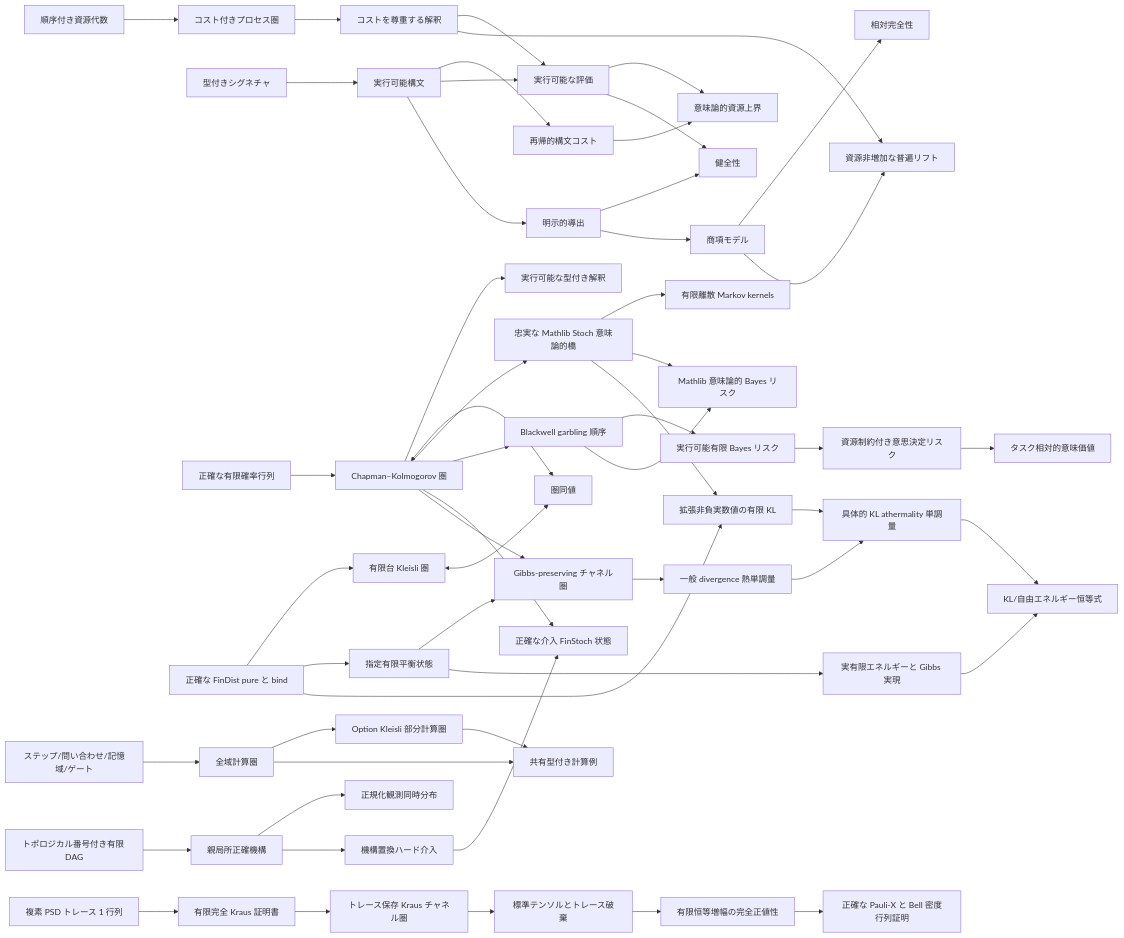
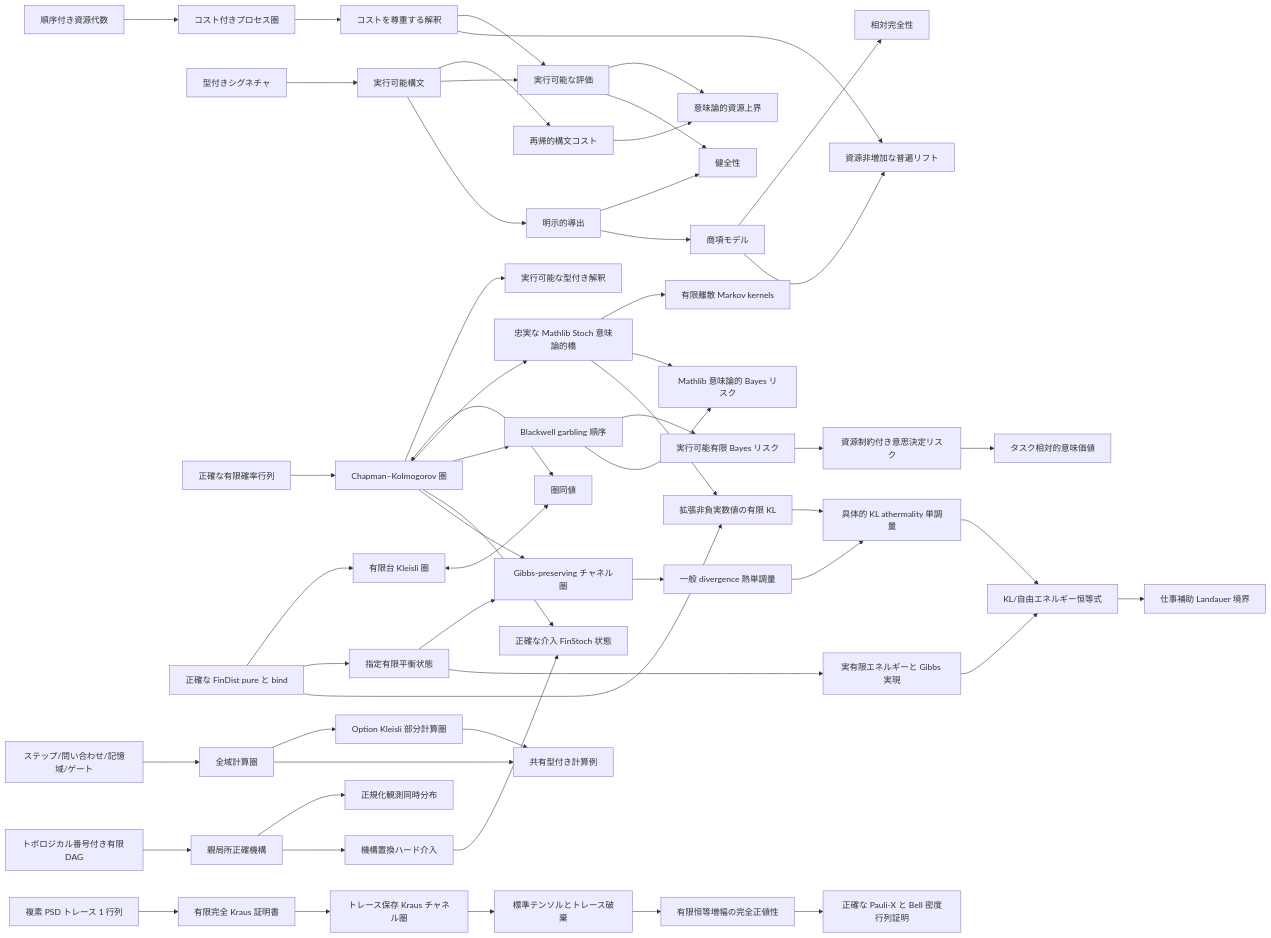
Before and after one commit to miuchan/ript: the diagram in docs/README.ja.md, drawn with Mermaid. The commit also changed other lines of this file and 13 other files, not shown here.

````diff
--- a/docs/README.ja.md
+++ b/docs/README.ja.md
@@ -871,56 +887,57 @@
 ```mermaid
 flowchart LR
   R["順序付き資源代数"] --> C["コスト付きプロセス圏"]
   S["型付きシグネチャ"] --> X["実行可能構文"]
   X --> K["再帰的構文コスト"]
   C --> I["コストを尊重する解釈"]
   X --> E["実行可能な評価"]
   I --> E
   K --> B["意味論的資源上界"]
   E --> B
   X --> D["明示的導出"]
   D --> SO["健全性"]
   E --> SO
   D --> T["商項モデル"]
   T --> CO["相対完全性"]
   I --> U["資源非増加な普遍リフト"]
   T --> U
   F["正確な有限確率行列"] --> CK["Chapman–Kolmogorov 圏"]
   CK --> EX["実行可能な型付き解釈"]
   FD["正確な FinDist pure と bind"] --> KL["有限台 Kleisli 圏"]
   CK <--> EQ["圏同値"]
   KL <--> EQ
   CK --> ST["忠実な Mathlib Stoch 意味論的橋"]
   ST --> MT["有限離散 Markov kernels"]
   CK --> BW["Blackwell garbling 順序"]
   ST --> SB["Mathlib 意味論的 Bayes リスク"]
   BW --> FR["実行可能有限 Bayes リスク"]
   FR --> RR["資源制約付き意思決定リスク"]
   RR --> SV["タスク相対的意味価値"]
   BW --> SB
   CR["ステップ/問い合わせ/記憶域/ゲート"] --> TC["全域計算圏"]
   TC --> PC["Option Kleisli 部分計算圏"]
   TC --> CE["共有型付き計算例"]
   PC --> CE
   DAG["トポロジカル番号付き有限 DAG"] --> CM["親局所正確機構"]
   CM --> OJ["正規化観測同時分布"]
   CM --> DO["機構置換ハード介入"]
   DO --> IS["正確な介入 FinStoch 状態"]
   CK --> IS
   FD --> TE["指定有限平衡状態"]
   CK --> GP["Gibbs-preserving チャネル圏"]
   TE --> GP
   GP --> TM["一般 divergence 熱単調量"]
   FD --> FKL["拡張非負実数値の有限 KL"]
   ST --> FKL
   FKL --> KTM["具体的 KL athermality 単調量"]
   TM --> KTM
   TE --> GD["実有限エネルギーと Gibbs 実現"]
   GD --> FE["KL/自由エネルギー恒等式"]
   KTM --> FE
+  FE --> LW["仕事補助 Landauer 境界"]
   QB["複素 PSD トレース 1 行列"] --> QK["有限完全 Kraus 証明書"]
   QK --> QC["トレース保存 Kraus チャネル圏"]
   QC --> QT["標準テンソルとトレース破棄"]
   QT --> QP["有限恒等増幅の完全正値性"]
   QP --> QX["正確な Pauli-X と Bell 密度行列証明"]
 ```
````
